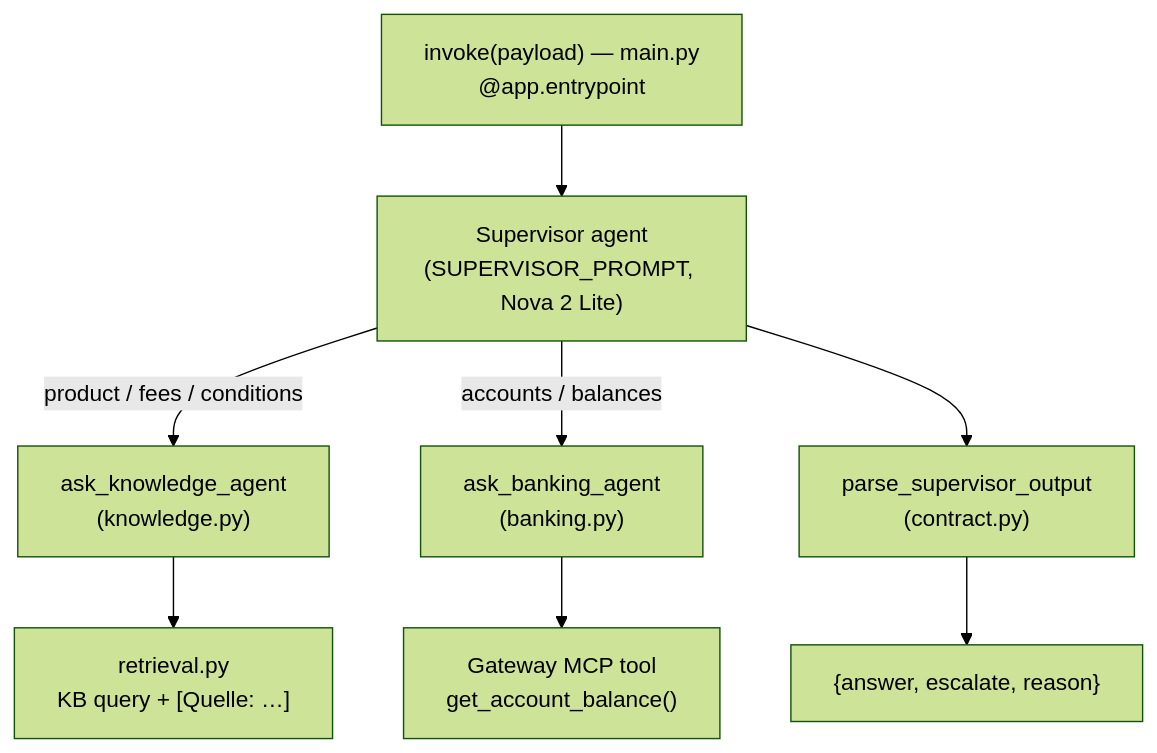
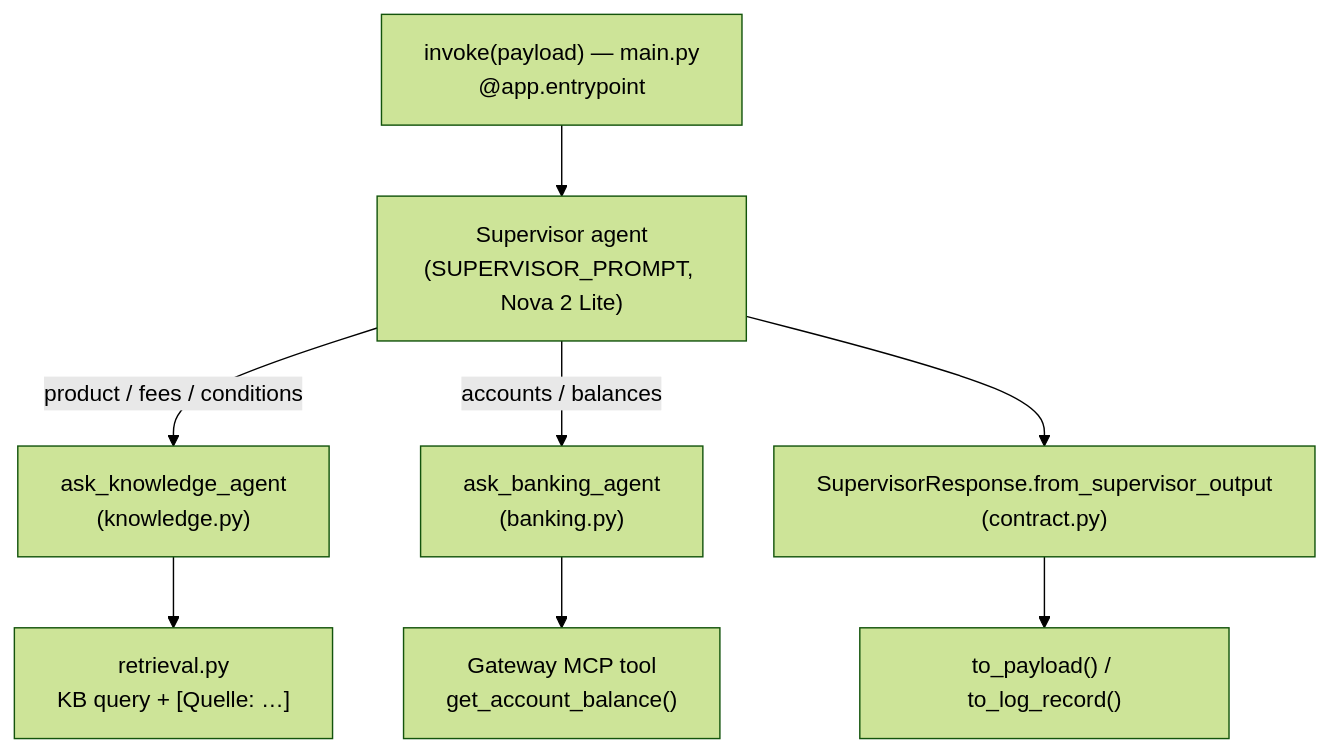
The diagram in contactcenter/app/knowledge_agent/README.md (deadhand777/contact-center), drawn with Mermaid (forest theme) before and after one commit. The commit also changed other lines of this file and 32 other files, not shown here.

Commit message:
Deepen the supervisor response contract (#6)

````diff
--- a/contactcenter/app/knowledge_agent/README.md
+++ b/contactcenter/app/knowledge_agent/README.md
@@ -10,11 +10,11 @@
 ```mermaid
 graph TB
   Entry["invoke(payload) — main.py<br/>@app.entrypoint"]
   Entry --> Sup["Supervisor agent<br/>(SUPERVISOR_PROMPT, Nova 2 Lite)"]
   Sup -->|"product / fees / conditions"| K["ask_knowledge_agent<br/>(knowledge.py)"]
   Sup -->|"accounts / balances"| B["ask_banking_agent<br/>(banking.py)"]
   K --> R["retrieval.py<br/>KB query + [Quelle: …]"]
   B --> GW["Gateway MCP tool<br/>get_account_balance()"]
-  Sup --> Contract["parse_supervisor_output<br/>(contract.py)"]
-  Contract --> Out["{answer, escalate, reason}"]
+  Sup --> Contract["SupervisorResponse.from_supervisor_output<br/>(contract.py)"]
+  Contract --> Out["to_payload() / to_log_record()"]
 ```
````
